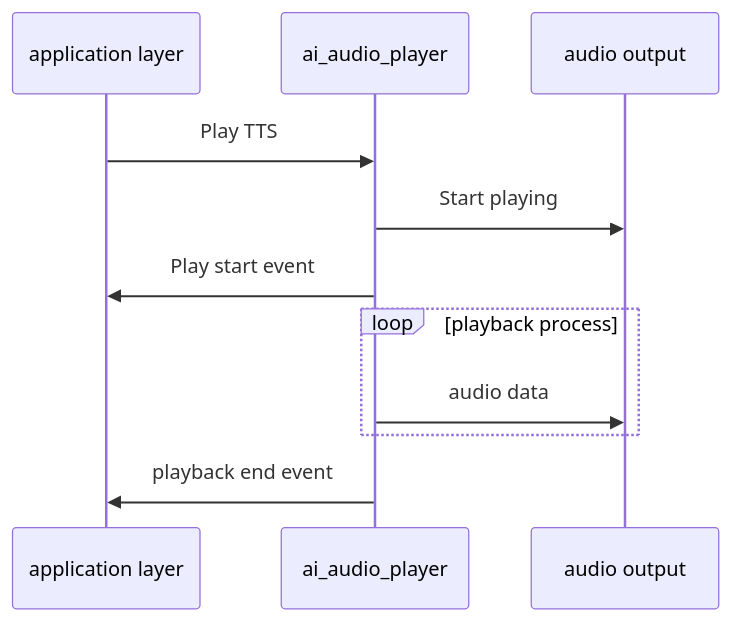
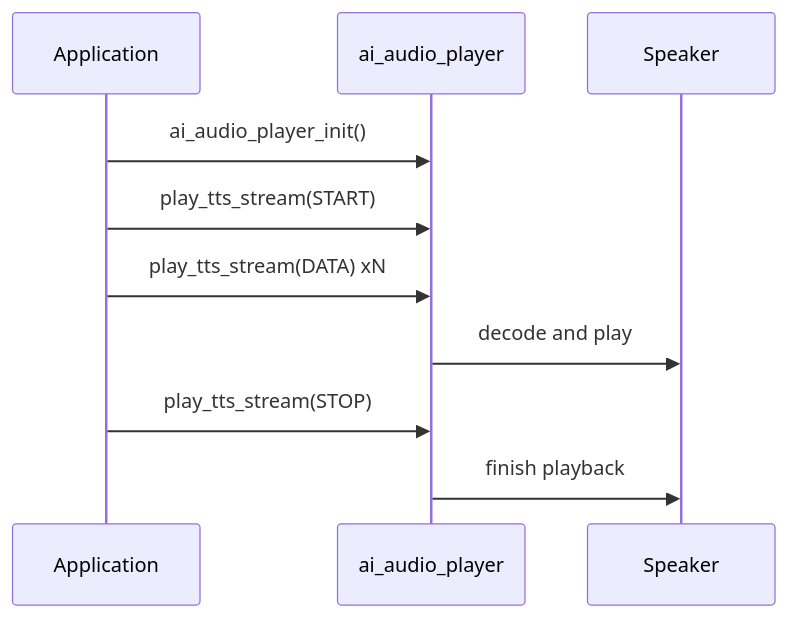
Before and after one commit to Tuya-Community/TuyaOpen.io: the diagram in docs/cloud/device-ai/ai-components/ai-audio-player.md, drawn with Mermaid. The commit also changed other lines of this file and 365 other files, not shown here.

````diff
--- a/docs/cloud/device-ai/ai-components/ai-audio-player.md
+++ b/docs/cloud/device-ai/ai-components/ai-audio-player.md
@@ -78,16 +158,12 @@
 ```mermaid
 sequenceDiagram
-participant App as application layer
+    participant App as Application
     participant Player as ai_audio_player
-participant Output as audio output
-
-App->>Player: Play TTS
-Player->>Output: Start playing
-Player->>App: Play start event
-    
-loop playback process
-Player->>Output: audio data
-    end
-    
-Player->>App: playback end event
+    participant Spk as Speaker
+    App->>Player: ai_audio_player_init()
+    App->>Player: play_tts_stream(START)
+    App->>Player: play_tts_stream(DATA) xN
+    Player->>Spk: decode and play
+    App->>Player: play_tts_stream(STOP)
+    Player->>Spk: finish playback
 ```
````
